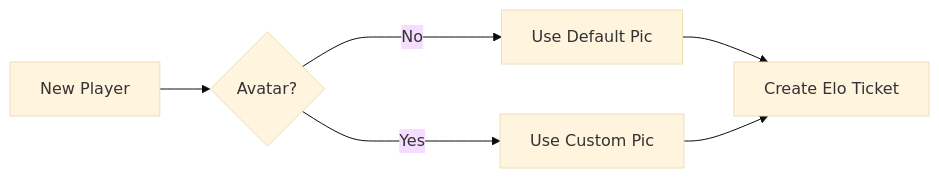
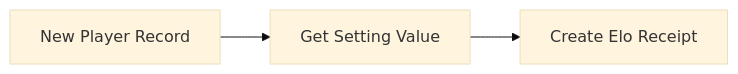
The diagram in docs/code-documentation.md (PastranaDigital/Comeback-Mechanics-Rankings), drawn with Mermaid (base theme) before and after one commit. The commit also changed other lines of this file and 1 other file, not shown here.

````diff
--- a/docs/code-documentation.md
+++ b/docs/code-documentation.md
@@ -18,8 +16,5 @@
 ```mermaid
 graph LR
-  A[New Player] --> B{Avatar?};
-  B -->|No| C[Use Default Pic];
-  C --> D[Create Elo Ticket];
-  E --> D;
-  B ---->|Yes| E[Use Custom Pic];
+  A[New Player Record] --> B[Get Setting Value];
+  B --> C[Create Elo Receipt];
 ```
````
